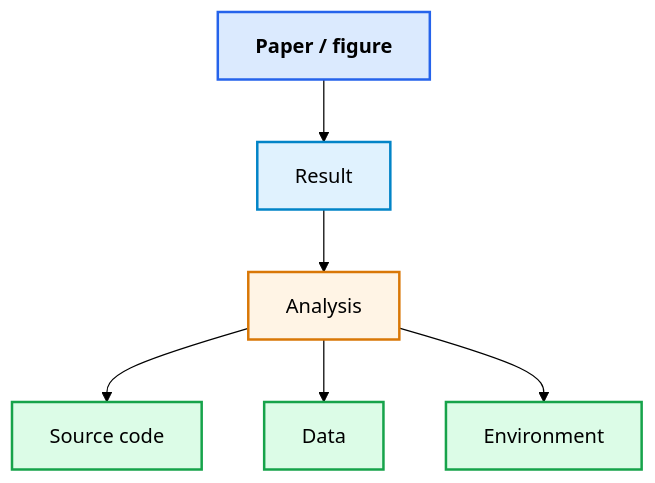
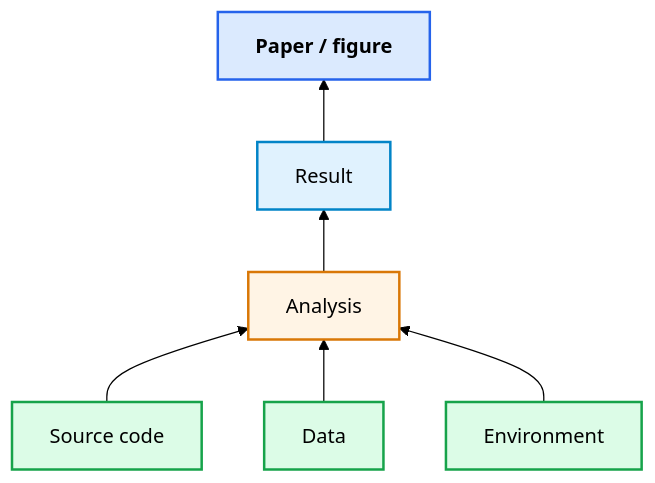
The first of 4 diagrams in pages/05-version-control.md (OxfordRSE/softeng-ai-daycourse), drawn with Mermaid (forest theme) before and after one commit. The commit also changed other lines of this file and 9 other files, not shown here.

Commit message:
Refine section framing, schedule and practical flow

````diff
--- a/pages/05-version-control.md
+++ b/pages/05-version-control.md
@@ -54,22 +54,22 @@
 ```mermaid
-flowchart TB
+flowchart BT
     P["<b>Paper / figure</b>"]
     R["Result"]
     A["Analysis"]
     S["Source code"]
     D["Data"]
     E["Environment"]
 
-    P --> R
-    R --> A
-    A --> S
-    A --> D
-    A --> E
+    R --> P
+    A --> R
+    S --> A
+    D --> A
+    E --> A
 
     style P fill:#dbeafe,stroke:#2563eb,stroke-width:2px
     style R fill:#e0f2fe,stroke:#0284c7,stroke-width:2px
     style A fill:#fff4e5,stroke:#d97706,stroke-width:2px
     style S fill:#dcfce7,stroke:#16a34a,stroke-width:2px
     style D fill:#dcfce7,stroke:#16a34a,stroke-width:2px
     style E fill:#dcfce7,stroke:#16a34a,stroke-width:2px
 ```
````
